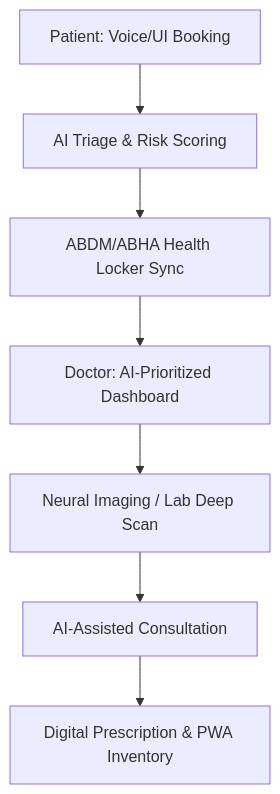
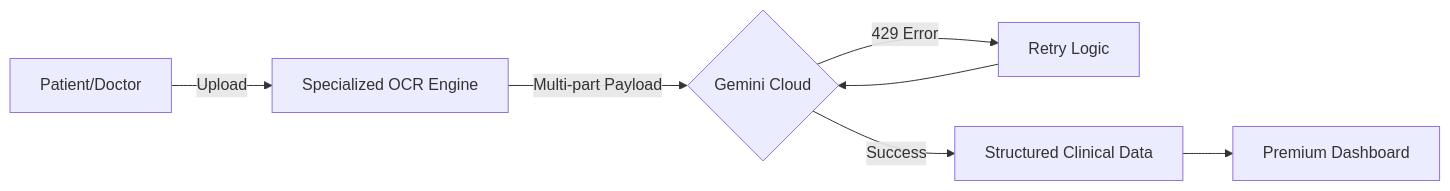
Before and after one commit to ajayXcode/Team_Clutch_MEDBRIDGE-AI-VISION: the diagram in README.md, drawn with Mermaid. The commit also changed other lines of this file and 8 other files, not shown here.

Commit message:
feat: stabilize AI Rx Scanner with Gemini 2.0/3.0 rotation, specialized OCR, and directory cleanup

````diff
--- a/README.md
+++ b/README.md
@@ -71,9 +60,9 @@
 ```mermaid
-graph TD
-    A[Patient: Voice/UI Booking] --> B[AI Triage & Risk Scoring]
-    B --> C[ABDM/ABHA Health Locker Sync]
-    C --> D[Doctor: AI-Prioritized Dashboard]
-    D --> E[Neural Imaging / Lab Deep Scan]
-    E --> F[AI-Assisted Consultation]
-    F --> G[Digital Prescription & PWA Inventory]
+graph LR
+    User[Patient/Doctor] -- Upload --> OCR[Specialized OCR Engine]
+    OCR -- Multi-part Payload --> AI{Gemini Cloud}
+    AI -- 429 Error --> Retry[Retry Logic]
+    Retry --> AI
+    AI -- Success --> JSON[Structured Clinical Data]
+    JSON --> UI[Premium Dashboard]
 ```
````
